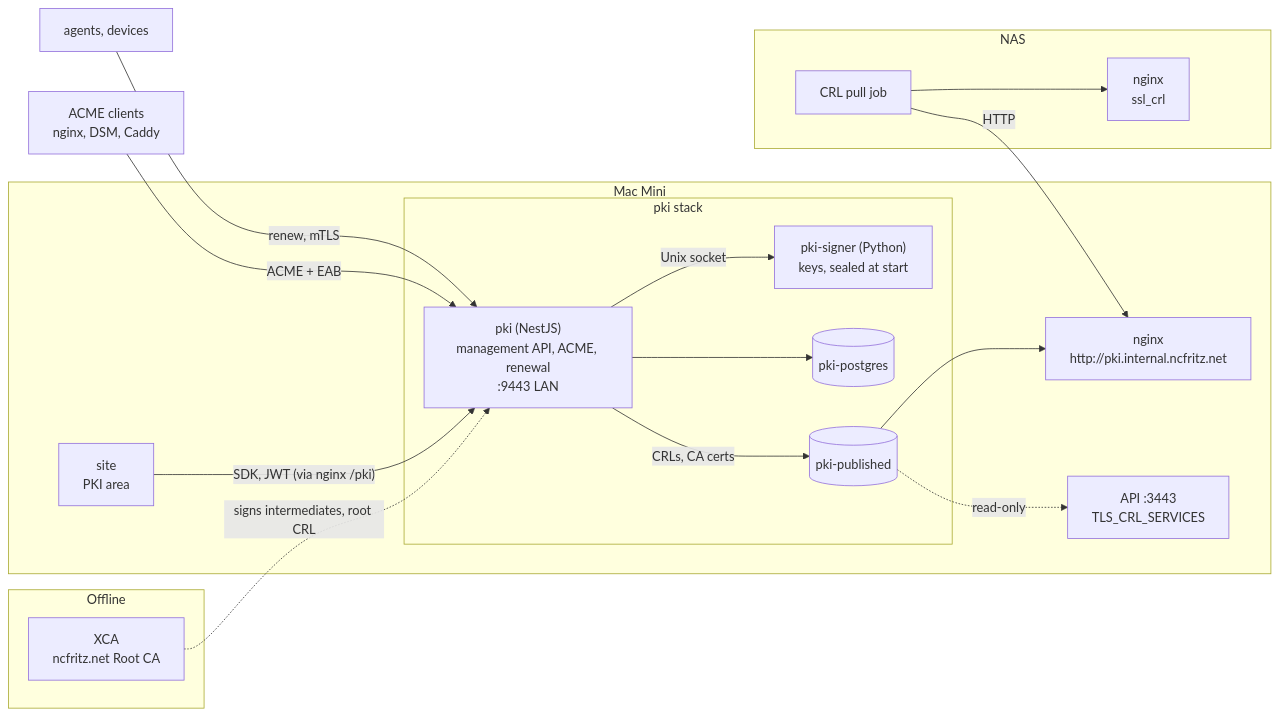
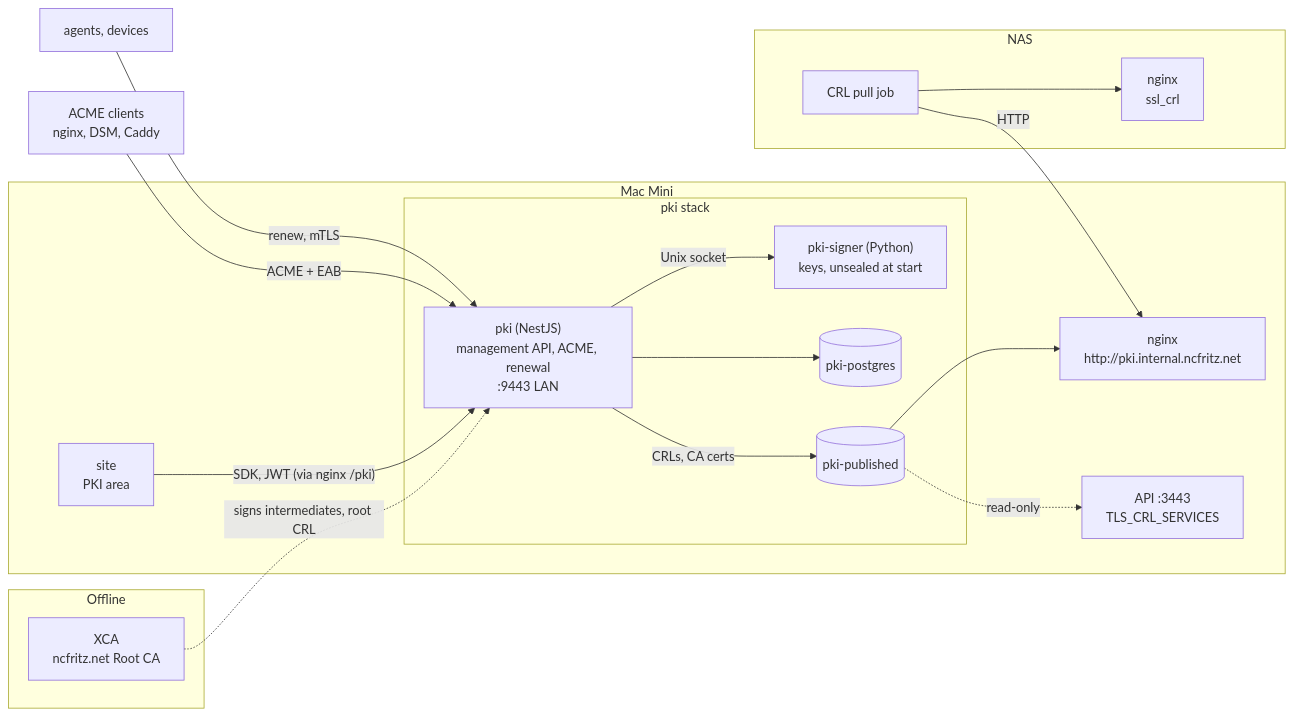
One commit to ncfritz/olympus changed the first of 3 diagrams in docs/decisions/0020-internal-certificate-authority.md. Above: the diagram before and after it, drawn with Mermaid. The commit also changed other lines of this file and 6 other files, not shown here.

````diff
--- a/docs/decisions/0020-internal-certificate-authority.md
+++ b/docs/decisions/0020-internal-certificate-authority.md
@@ -306,35 +319,35 @@
 ```mermaid
 flowchart LR
   subgraph Offline
     XCA["XCA<br/>ncfritz.net Root CA"]
   end
   subgraph MacMini["Mac Mini"]
     subgraph PKI["pki stack"]
       APP["pki (NestJS)<br/>management API, ACME, renewal<br/>:9443 LAN"]
-      SIG["pki-signer (Python)<br/>keys, sealed at start"]
+      SIG["pki-signer (Python)<br/>keys, unsealed at start"]
       DB[("pki-postgres")]
       PUB[("pki-published")]
     end
     NGX["nginx<br/>http://pki.internal.ncfritz.net"]
     API["API :3443<br/>TLS_CRL_SERVICES"]
     SITE["site<br/>PKI area"]
   end
   subgraph NAS
     EDGE["nginx<br/>ssl_crl"]
     PULL["CRL pull job"]
   end
   ACMEC["ACME clients<br/>nginx, DSM, Caddy"]
   AGENTS["agents, devices"]
 
   XCA -. "signs intermediates, root CRL" .-> APP
   APP -- "Unix socket" --> SIG
   APP --> DB
   APP -- "CRLs, CA certs" --> PUB
   PUB --> NGX
   PUB -. "read-only" .-> API
   PULL -- "HTTP" --> NGX
   PULL --> EDGE
   SITE -- "SDK, JWT (via nginx /pki)" --> APP
   ACMEC -- "ACME + EAB" --> APP
   AGENTS -- "renew, mTLS" --> APP
 ```
````
